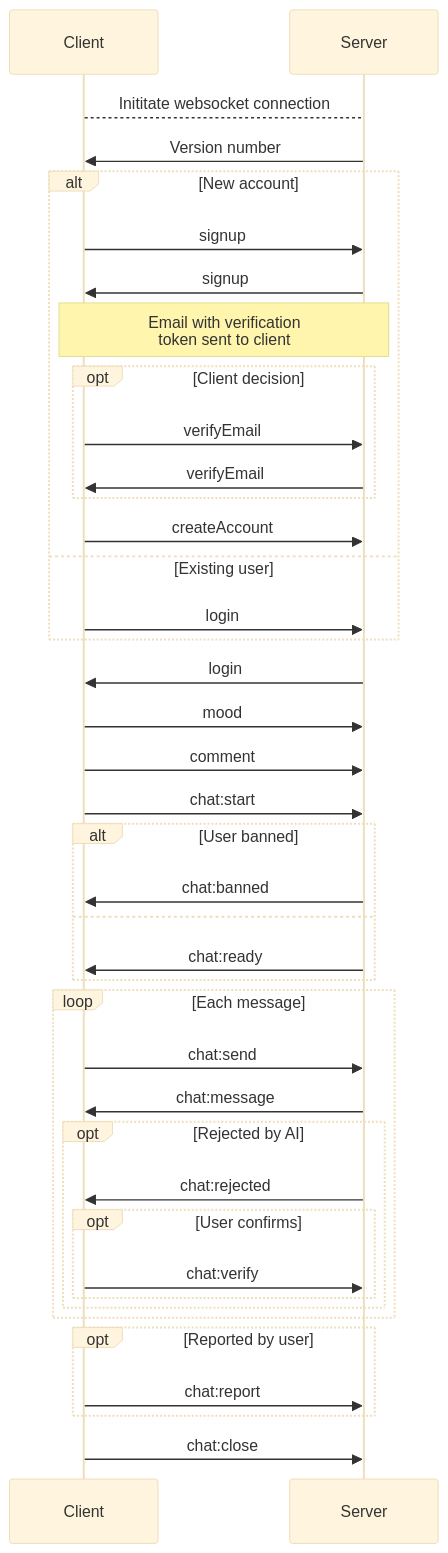
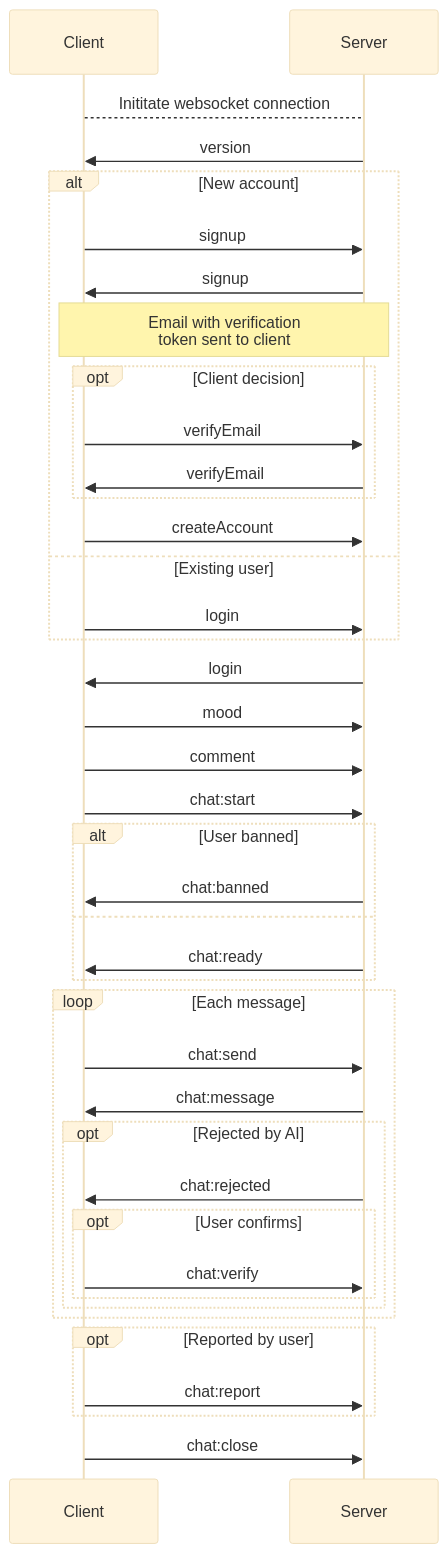
One commit to Lyrenhex/eos changed the second of 2 diagrams in documentation/server.md. Above: the diagram before and after it, drawn with Mermaid (base theme).

Commit message:
Improve consistency
`version` netreq was the only request not to go by the method name;
this has been corrected for better consistency

````diff
--- a/documentation/server.md
+++ b/documentation/server.md
@@ -35,40 +35,40 @@
 ```mermaid
 sequenceDiagram
     Client --> Server: Inititate websocket connection;
-    Server ->> Client: Version number;
+    Server ->> Client: version;
     alt New account
         Client ->> Server: signup;
         Server ->> Client: signup;
         Note over Client, Server: Email with verification <br />token sent to client;
         opt Client decision
             Client ->> Server: verifyEmail;
             Server ->> Client: verifyEmail;
         end
         Client ->> Server: createAccount;
     else Existing user
         Client ->> Server: login;
     end
     Server ->> Client: login;
     Client ->> Server: mood;
     Client ->> Server: comment;
     Client ->> Server: chat:start;
     alt User banned
         Server ->> Client: chat:banned;
     else
         Server ->> Client: chat:ready;
     end
     loop Each message
         Client ->> Server: chat:send;
         Server ->> Client: chat:message;
         opt Rejected by AI
             Server ->> Client: chat:rejected;
             opt User confirms
                 Client ->> Server: chat:verify;
             end
         end
     end
     opt Reported by user
         Client ->> Server: chat:report;
     end
     Client ->> Server: chat:close;
 ```
````
